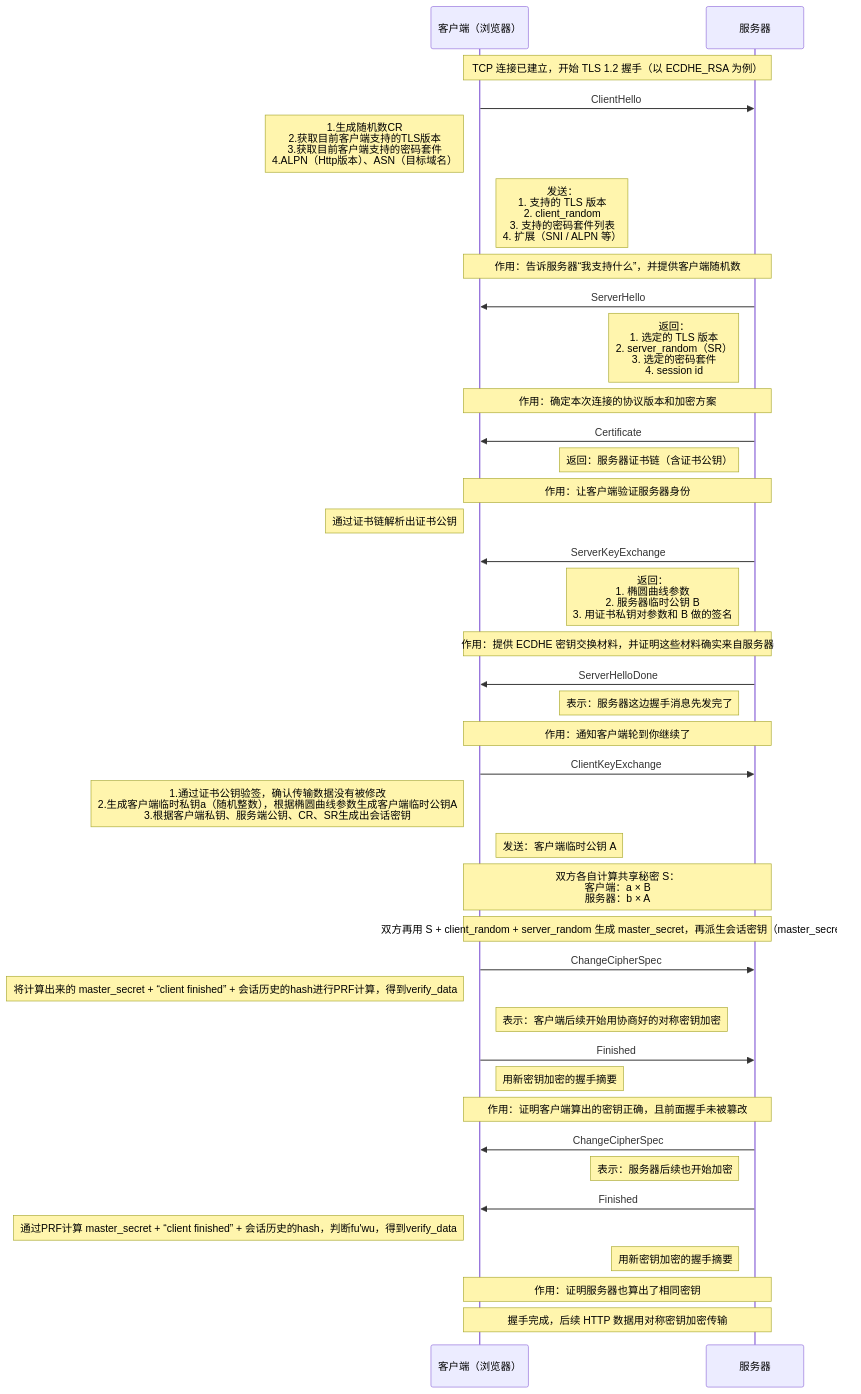
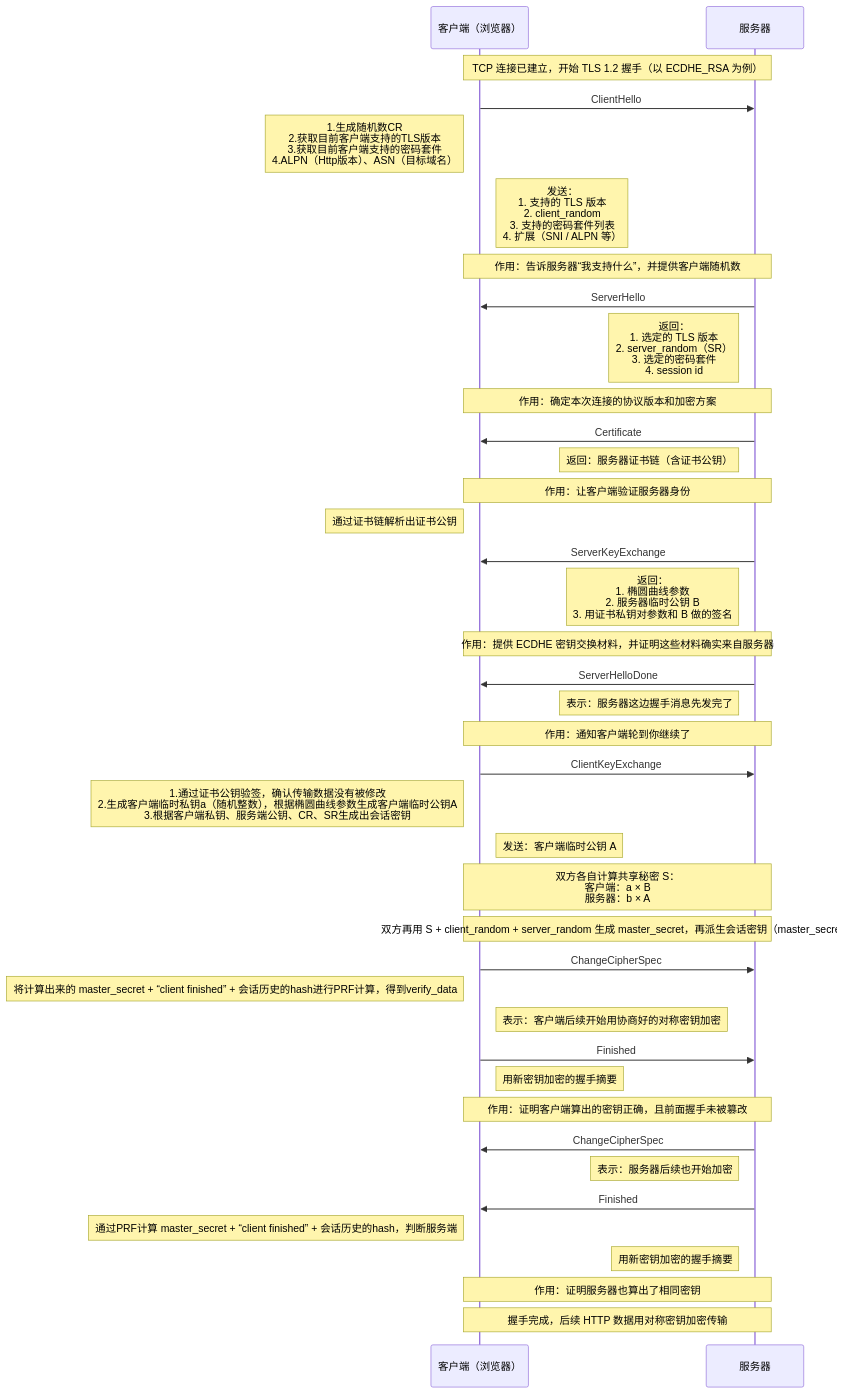
The diagram in all/TLS-1.2-ECDHE.md (HY-10-8/iodraw-files), drawn with Mermaid before and after one commit.

Commit message:
2026-03-30 17:28:47 update

````diff
--- a/all/TLS-1.2-ECDHE.md
+++ b/all/TLS-1.2-ECDHE.md
@@ -1,54 +1,54 @@
 ```mermaid
 sequenceDiagram
     participant C as 客户端（浏览器）
     participant S as 服务器
 
     Note over C,S: TCP 连接已建立，开始 TLS 1.2 握手（以 ECDHE_RSA 为例）
 
     C->>S: ClientHello
     Note left of C: 1.生成随机数CR<br/> 2.获取目前客户端支持的TLS版本<br/> 3.获取目前客户端支持的密码套件<br/> 4.ALPN（Http版本）、ASN（目标域名）
     Note right of C: 发送：<br/>1. 支持的 TLS 版本<br/>2. client_random<br/>3. 支持的密码套件列表<br/>4. 扩展（SNI / ALPN 等）
     Note over C,S: 作用：告诉服务器“我支持什么”，并提供客户端随机数
 
     S->>C: ServerHello
     Note left of S: 返回：<br/>1. 选定的 TLS 版本<br/>2. server_random（SR）<br/>3. 选定的密码套件<br/>4. session id
     Note over C,S: 作用：确定本次连接的协议版本和加密方案
 
     S->>C: Certificate
     Note left of S: 返回：服务器证书链（含证书公钥）
     Note over C,S: 作用：让客户端验证服务器身份
     Note left of C: 通过证书链解析出证书公钥
 
     S->>C: ServerKeyExchange
     Note left of S: 返回：<br/>1. 椭圆曲线参数<br/>2. 服务器临时公钥 B<br/>3. 用证书私钥对参数和 B 做的签名
     Note over C,S: 作用：提供 ECDHE 密钥交换材料，并证明这些材料确实来自服务器
 
     S->>C: ServerHelloDone
     Note left of S: 表示：服务器这边握手消息先发完了
     Note over C,S: 作用：通知客户端轮到你继续了
 
     C->>S: ClientKeyExchange
     Note left of C: 1.通过证书公钥验签，确认传输数据没有被修改<br/> 2.生成客户端临时私钥a（随机整数），根据椭圆曲线参数生成客户端临时公钥A<br/> 3.根据客户端私钥、服务端公钥、CR、SR生成出会话密钥
     Note right of C: 发送：客户端临时公钥 A
     Note over C,S: 双方各自计算共享秘密 S：<br/>客户端：a × B<br/>服务器：b × A
 
     Note over C,S: 双方再用 S + client_random + server_random 生成 master_secret，再派生会话密钥（master_secret）
 
     C->>S: ChangeCipherSpec
     Note left of C: 将计算出来的 master_secret + “client finished” + 会话历史的hash进行PRF计算，得到verify_data
     Note right of C: 表示：客户端后续开始用协商好的对称密钥加密
 
     C->>S: Finished
     Note right of C: 用新密钥加密的握手摘要
     Note over C,S: 作用：证明客户端算出的密钥正确，且前面握手未被篡改
 
     S->>C: ChangeCipherSpec
     Note left of S: 表示：服务器后续也开始加密
 
     S->>C: Finished
-    Note left of C: 通过PRF计算 master_secret + “client finished” + 会话历史的hash，判断fu'wu，得到verify_data
+    Note left of C: 通过PRF计算 master_secret + “client finished” + 会话历史的hash，判断服务端
     Note left of S: 用新密钥加密的握手摘要
     Note over C,S: 作用：证明服务器也算出了相同密钥
 
     Note over C,S: 握手完成，后续 HTTP 数据用对称密钥加密传输
 ```
````
